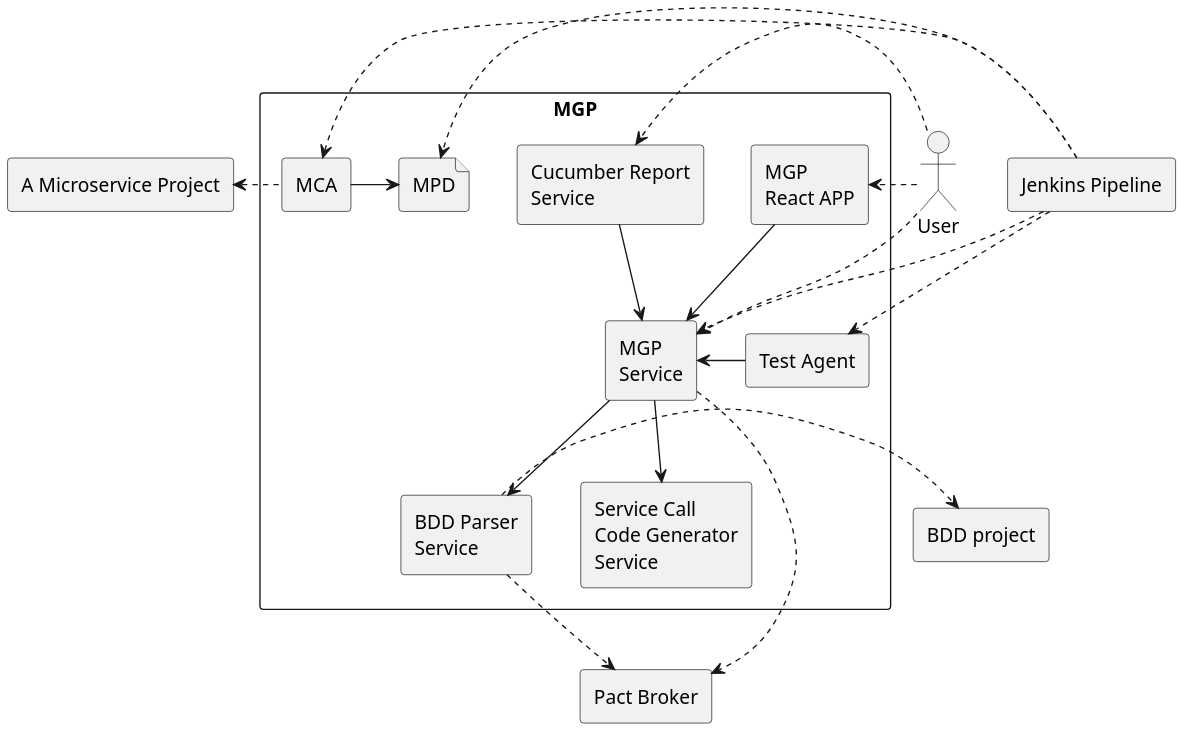
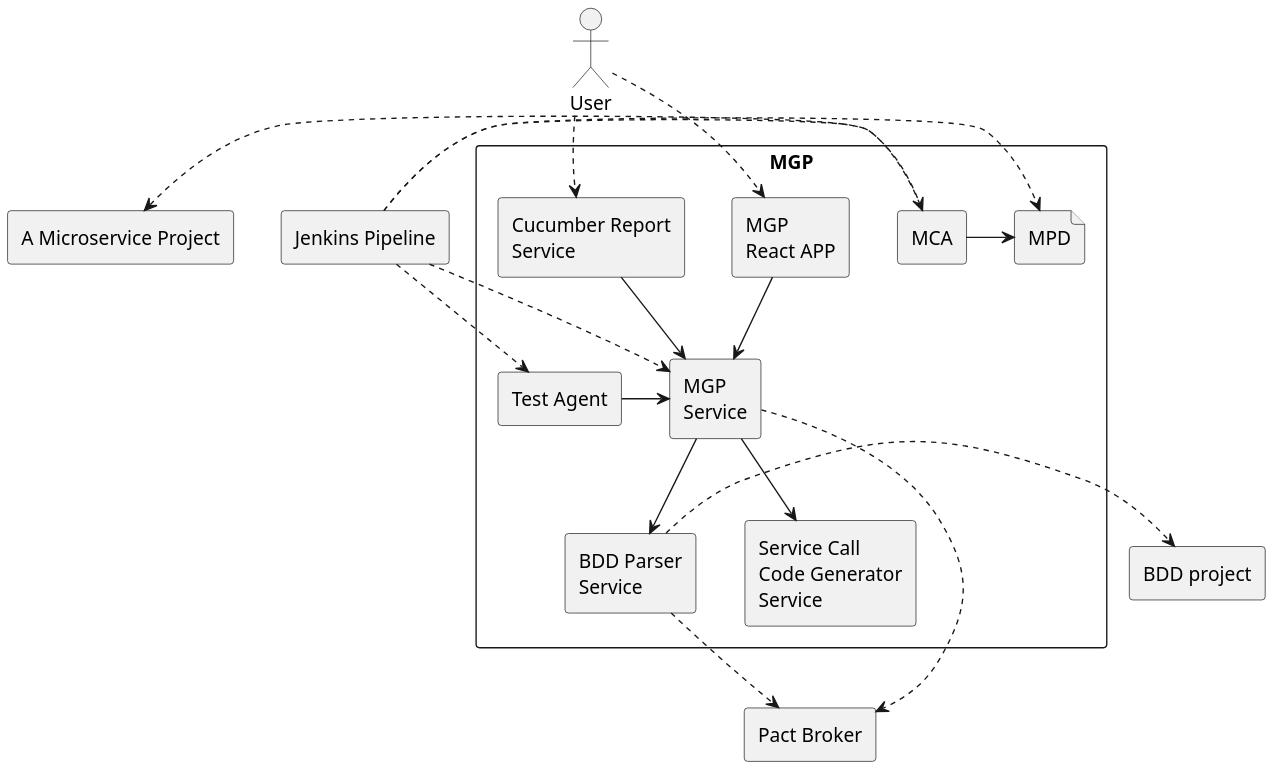
The diagram in diagram/system.puml (b4456609/mgp-back), drawn with PlantUML before and after one commit.

```diff
--- a/diagram/system.puml
+++ b/diagram/system.puml
@@ -1,40 +1,41 @@
 @startuml
 scale 1.8
 rectangle "A Microservice Project" as mp
 rectangle "Jenkins Pipeline" as jp
 rectangle "BDD project" as bp
 rectangle "Pact Broker" as pb
 actor User as user
 
 rectangle "MGP" as t {
 	rectangle "Test Agent" as ta
 	rectangle "MCA" as mca
 	rectangle "MGP\nReact APP"as mgpa
 	rectangle "MGP\nService"as mgp
 	rectangle "BDD Parser\nService" as uatp
 	rectangle "Service Call\nCode Generator\nService" as d
 	rectangle "Cucumber Report\nService" as crs
 
 	file "MPD" as mpd
 
 	mca -r-> mpd
 	mgp -d-> uatp
 	mgp -d-> d
 	mgpa -d-> mgp
 	crs -d-> mgp
 	ta -> mgp
 }
+
 jp.>ta
 jp.>mpd
 mca .l.> mp
 jp .> mca
 jp .> mgp
 uatp .> bp
 mgp .> pb
-user .> mgp
 user .> mgpa
+user .[hidden].> crs
 user .> crs
 
 uatp .d.> pb
 
 @enduml
```
